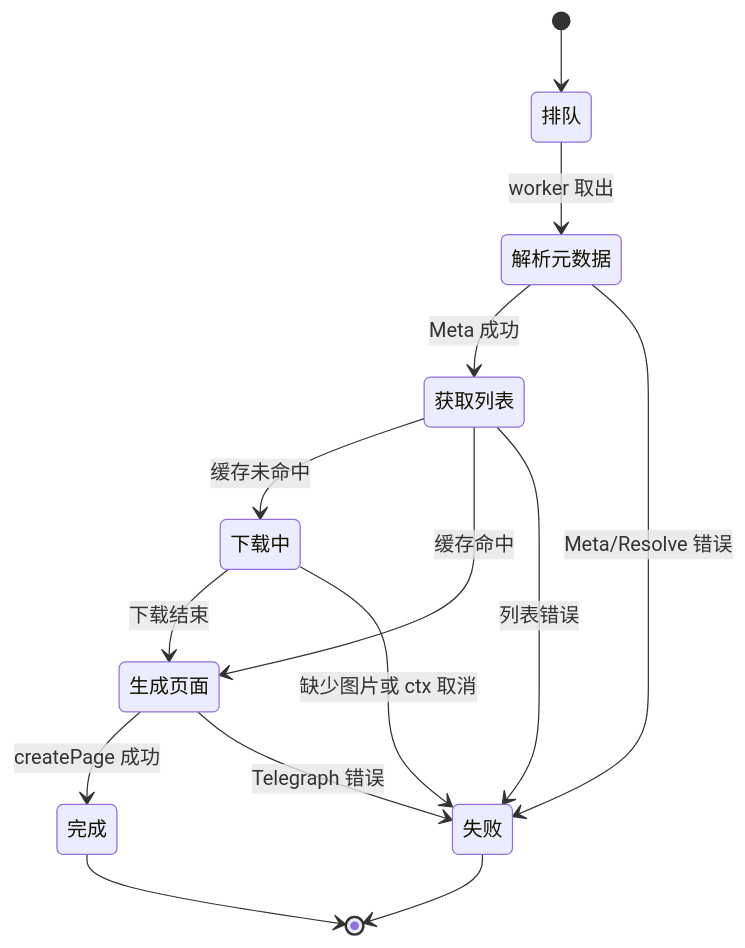
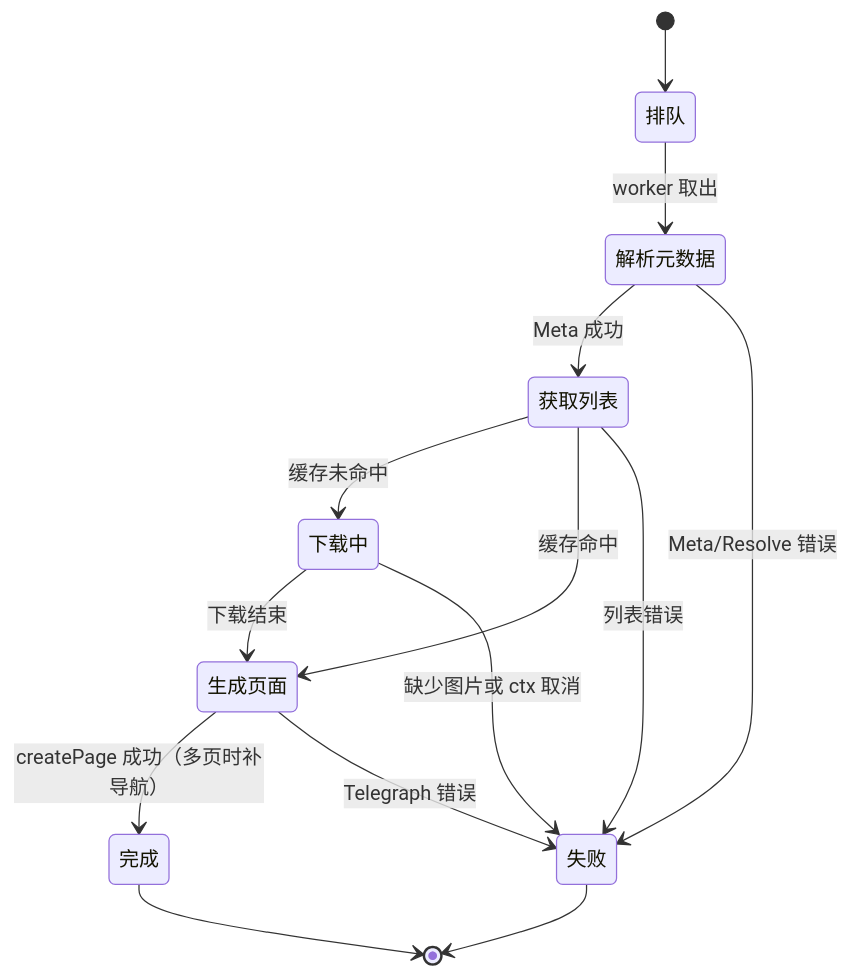
The third of 3 diagrams in docs/architecture.md (usfese/telehentai), drawn with Mermaid before and after one commit. The commit also changed 6 other files, not shown here.

````diff
--- a/docs/architecture.md
+++ b/docs/architecture.md
@@ -68,16 +68,16 @@
 ```mermaid
 stateDiagram-v2
     [*] --> 排队
     排队 --> 解析元数据: worker 取出
     解析元数据 --> 获取列表: Meta 成功
     获取列表 --> 下载中: 缓存未命中
     获取列表 --> 生成页面: 缓存命中
     下载中 --> 生成页面: 下载结束
-    生成页面 --> 完成: createPage 成功
+    生成页面 --> 完成: createPage 成功（多页时补导航）
     解析元数据 --> 失败: Meta/Resolve 错误
     获取列表 --> 失败: 列表错误
     下载中 --> 失败: 缺少图片或 ctx 取消
     生成页面 --> 失败: Telegraph 错误
     完成 --> [*]
     失败 --> [*]
 ```
````
